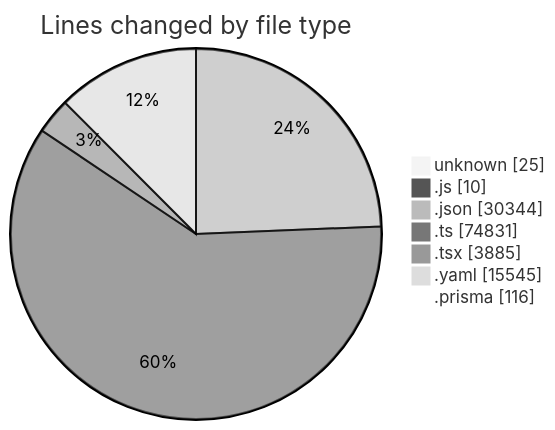
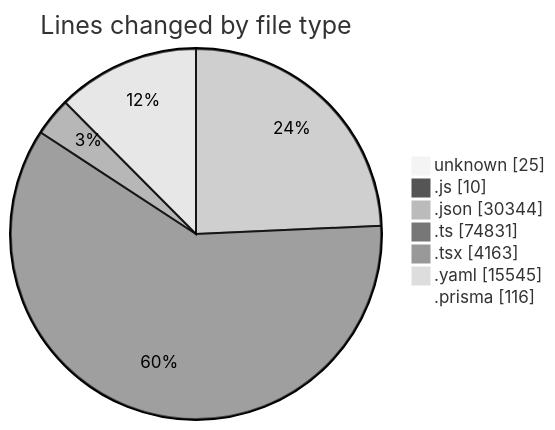
Before and after one commit to CELIANVF/code-tracking: the first of 2 diagrams in 2025-05-02/ecodeli/README.md, drawn with Mermaid (neutral theme). The commit also changed other lines of this file and 1 other file, not shown here.

````diff
--- a/2025-05-02/ecodeli/README.md
+++ b/2025-05-02/ecodeli/README.md
@@ -68,11 +69,11 @@
 ```mermaid
 pie showData
 title Lines changed by file type
 "unknown" : 25
 ".js" : 10
 ".json" : 30344
 ".ts" : 74831
-".tsx" : 3885
+".tsx" : 4163
 ".yaml" : 15545
 ".prisma" : 116
 ```
````
